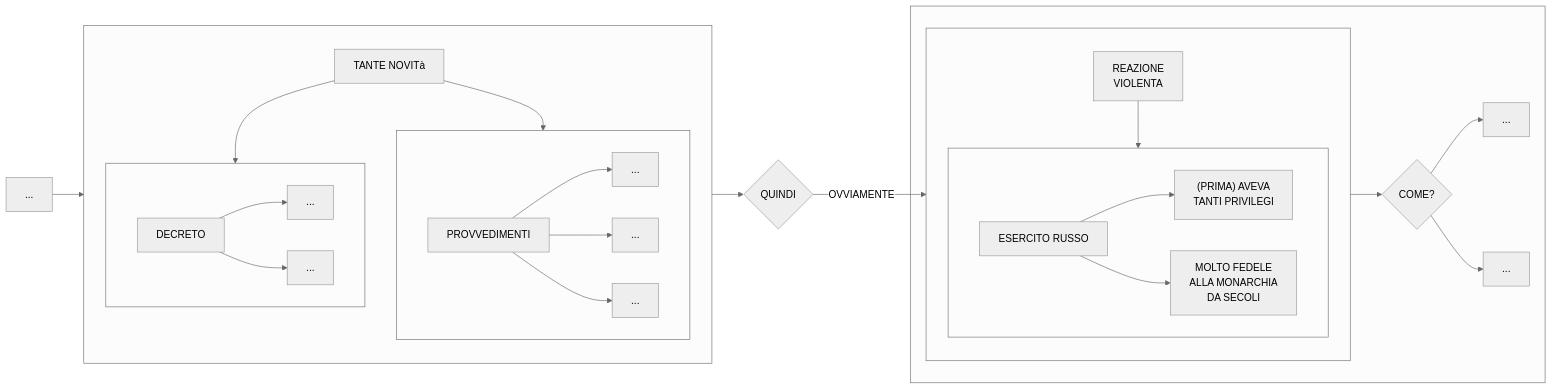
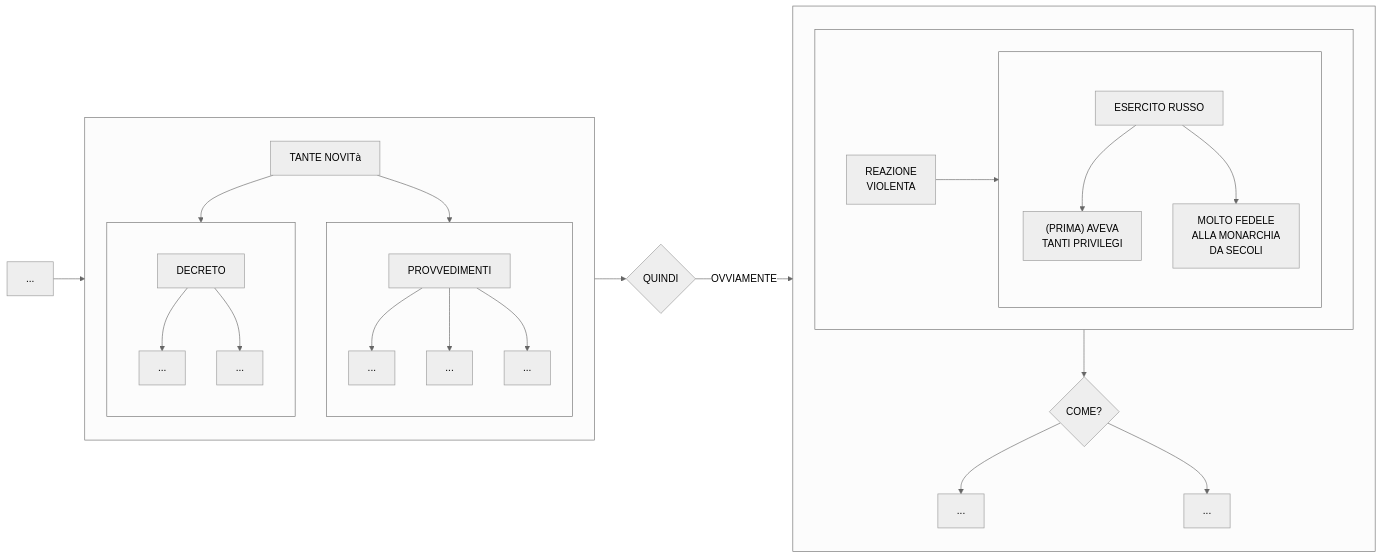
One commit to Laaouatni/ricerca-storia-MermaidJS changed the fifth of 5 diagrams in stalinismo.md. Above: the diagram before and after it, drawn with Mermaid (neutral theme).

````diff
--- a/stalinismo.md
+++ b/stalinismo.md
@@ -191,41 +191,44 @@
 ```mermaid
 flowchart LR
     03[...]
     subgraph 0[" "]
         01[TANTE NOVITà]
         subgraph 010[" "]
+            direction TB;
             0100[PROVVEDIMENTI]
             01000[...]
             01001[...]
             01002[...]
             0100 --> 01000 & 01001 & 01002
         end
         subgraph 011[" "]
+            direction TB;
             0110[DECRETO]
             01100[...]
             01101[...]
             0110 --> 01100 & 01101
         end
         01 --> 010 & 011
     end
     02{QUINDI}
     03 --> 0 --> 02
     subgraph 022[" "]
         subgraph 020[" "]
             0200[REAZIONE <br> VIOLENTA]
             subgraph 021[" "]
+                direction TB;
                 0210[ESERCITO RUSSO]
                 02100["(PRIMA) AVEVA <BR> TANTI PRIVILEGI"]
                 02101[MOLTO FEDELE <BR> ALLA MONARCHIA <BR> DA SECOLI]
                 0210 --> 02100 & 02101
             end
             0200 --> 021
         end
         04{COME?}
         040[...]
         041[...]
         04 --> 040 & 041
     end
-    02 -->|OVVIAMENTE| 020
+    02 -->|OVVIAMENTE| 022
     020 --> 04
 ```
````
